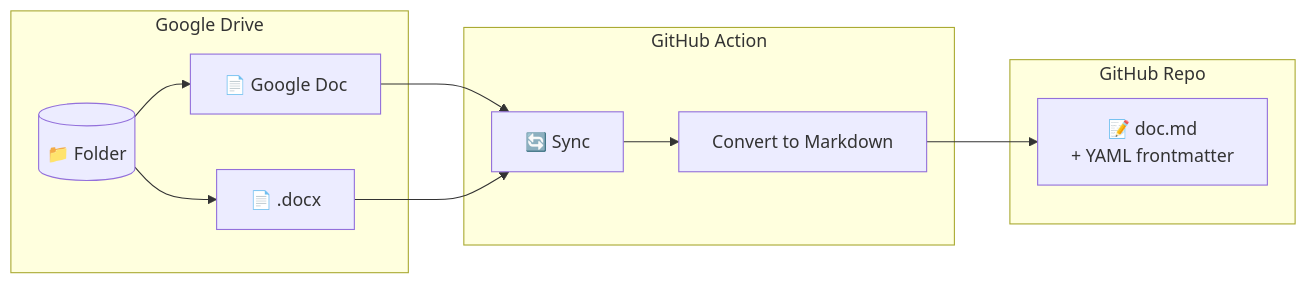
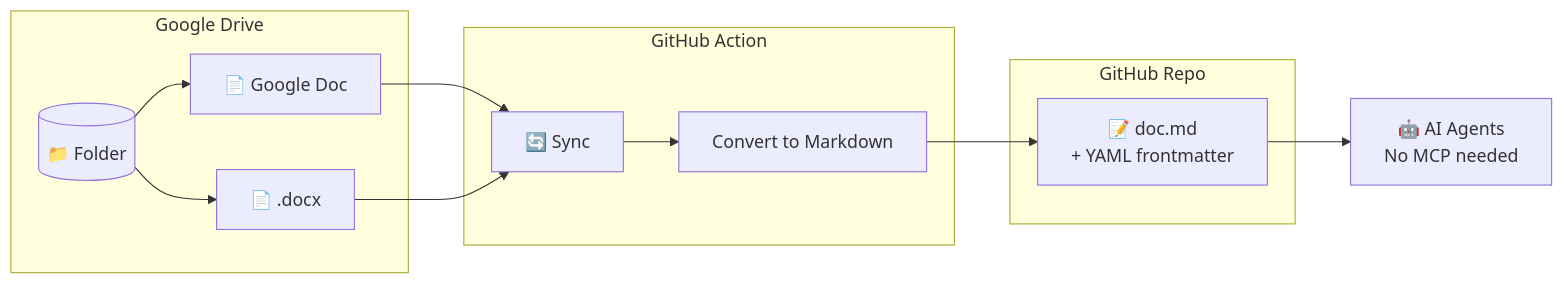
One commit to sderosiaux/google-drive-to-github-sync changed the diagram in README.md. Above: the diagram before and after it, drawn with Mermaid.

Commit message:
Add AI Agents step to diagram - no MCP needed

````diff
--- a/README.md
+++ b/README.md
@@ -9,22 +9,25 @@
 ```mermaid
 flowchart LR
     subgraph Google Drive
         A[("📁 Folder")]
         B["📄 Google Doc"]
         C["📄 .docx"]
     end
 
     subgraph GitHub Action
         D["🔄 Sync"]
         E["Convert to Markdown"]
     end
 
     subgraph GitHub Repo
         F["📝 doc.md<br/>+ YAML frontmatter"]
     end
 
+    G["🤖 AI Agents<br/>No MCP needed"]
+
     A --> B & C
     B & C --> D
     D --> E
     E --> F
+    F --> G
 ```
````
